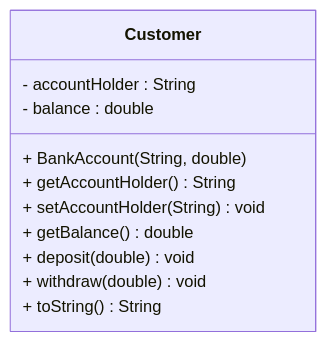
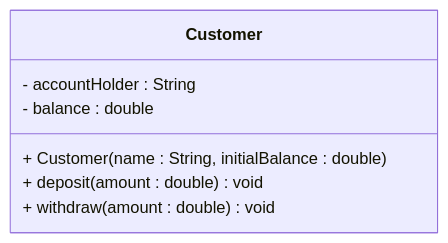
The first of 5 diagrams in README.md (jayani-athukorala/java-oop-exercise), drawn with Mermaid before and after one commit. The commit also changed other lines of this file, not shown here.

Commit message:
remove getters setters from uml

````diff
--- a/README.md
+++ b/README.md
@@ -25,14 +25,10 @@
 ```mermaid
 classDiagram
     class Customer {
         - accountHolder : String
         - balance : double
-        + BankAccount(String, double)
-        + getAccountHolder() String
-        + setAccountHolder(String) void
-        + getBalance() double
-        + deposit(double) void
-        + withdraw(double) void 
-        + toString() String 
+        + Customer(name : String, initialBalance : double)
+        + deposit(amount : double) void
+        + withdraw(amount : double) void
     }
 ```
````
